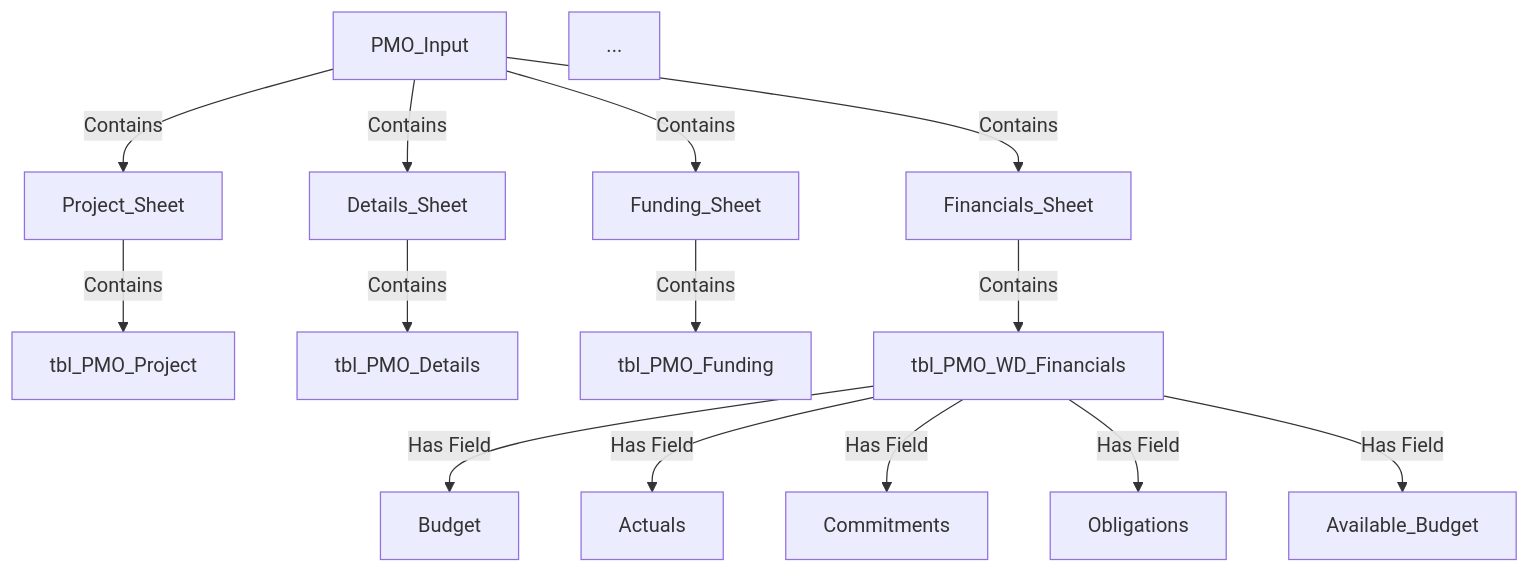
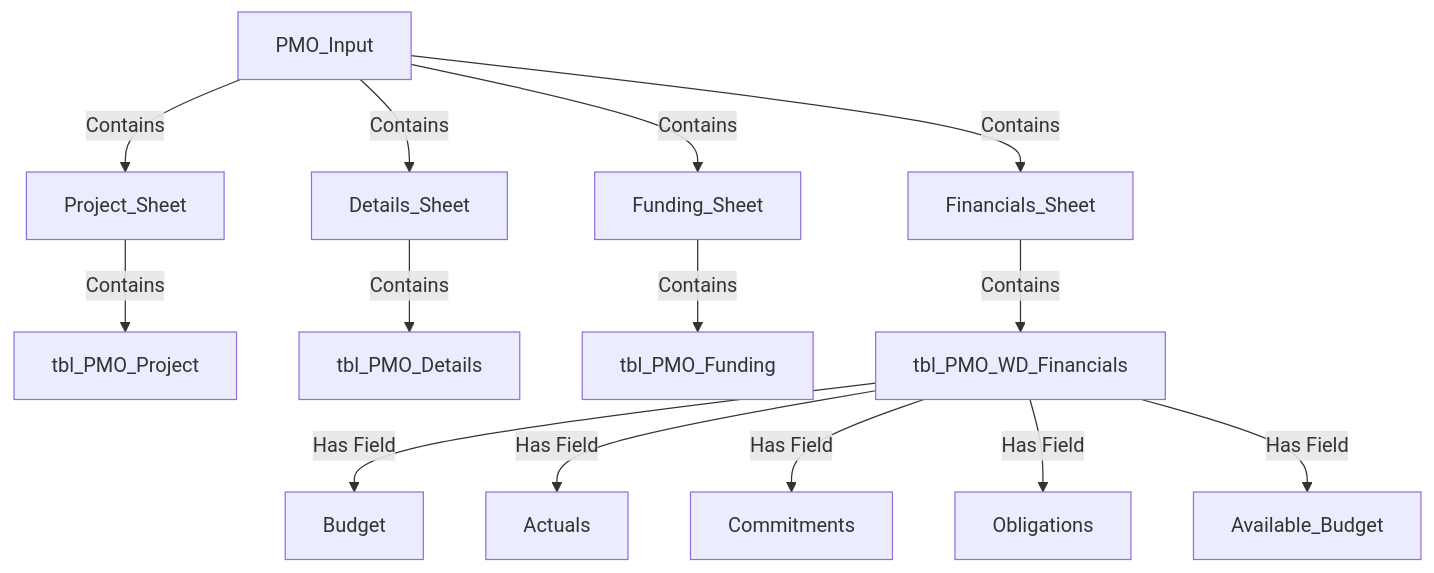
Before and after one commit to eagui041/IC-Project: the second of 2 diagrams in README.md, drawn with Mermaid.

````diff
--- a/README.md
+++ b/README.md
@@ -15,17 +15,17 @@
 ```mermaid
 graph TD;
   PMO_Input -->|Contains| Project_Sheet
   PMO_Input -->|Contains| Details_Sheet
   PMO_Input -->|Contains| Funding_Sheet
   PMO_Input -->|Contains| Financials_Sheet
   Project_Sheet -->|Contains| tbl_PMO_Project
   Details_Sheet -->|Contains| tbl_PMO_Details
   Funding_Sheet -->|Contains| tbl_PMO_Funding
   Financials_Sheet -->|Contains| tbl_PMO_WD_Financials
-  ...
+
   tbl_PMO_WD_Financials -->|Has Field| Budget
   tbl_PMO_WD_Financials -->|Has Field| Actuals
   tbl_PMO_WD_Financials -->|Has Field| Commitments
   tbl_PMO_WD_Financials -->|Has Field| Obligations
   tbl_PMO_WD_Financials -->|Has Field| Available_Budget
 ```
````
